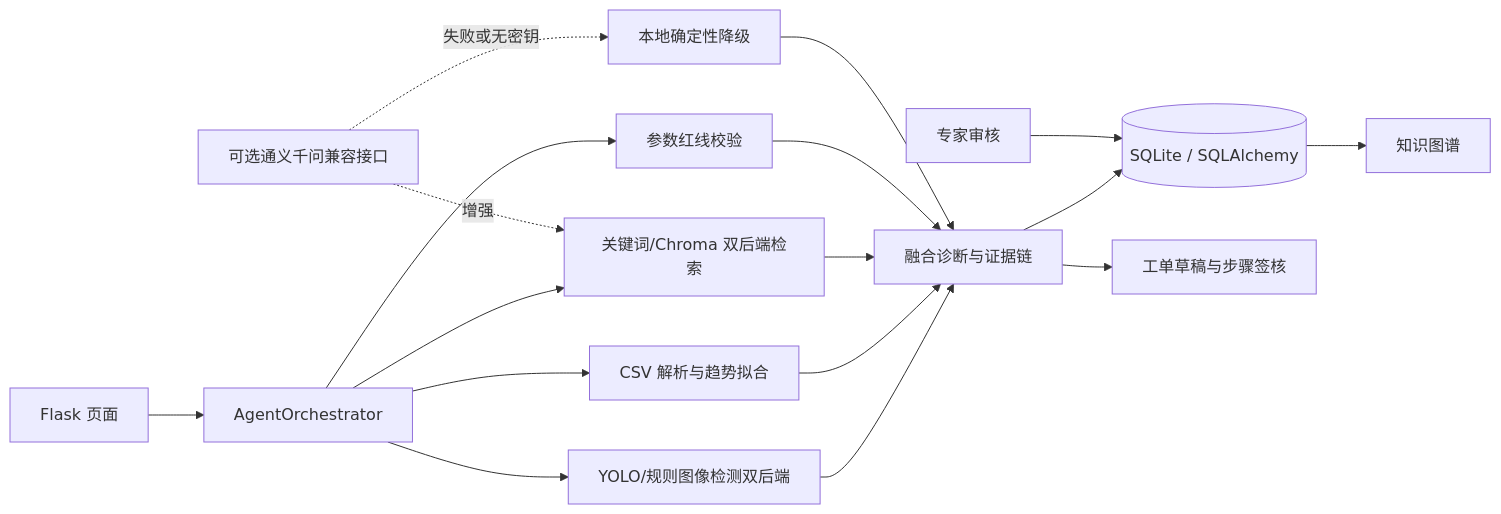
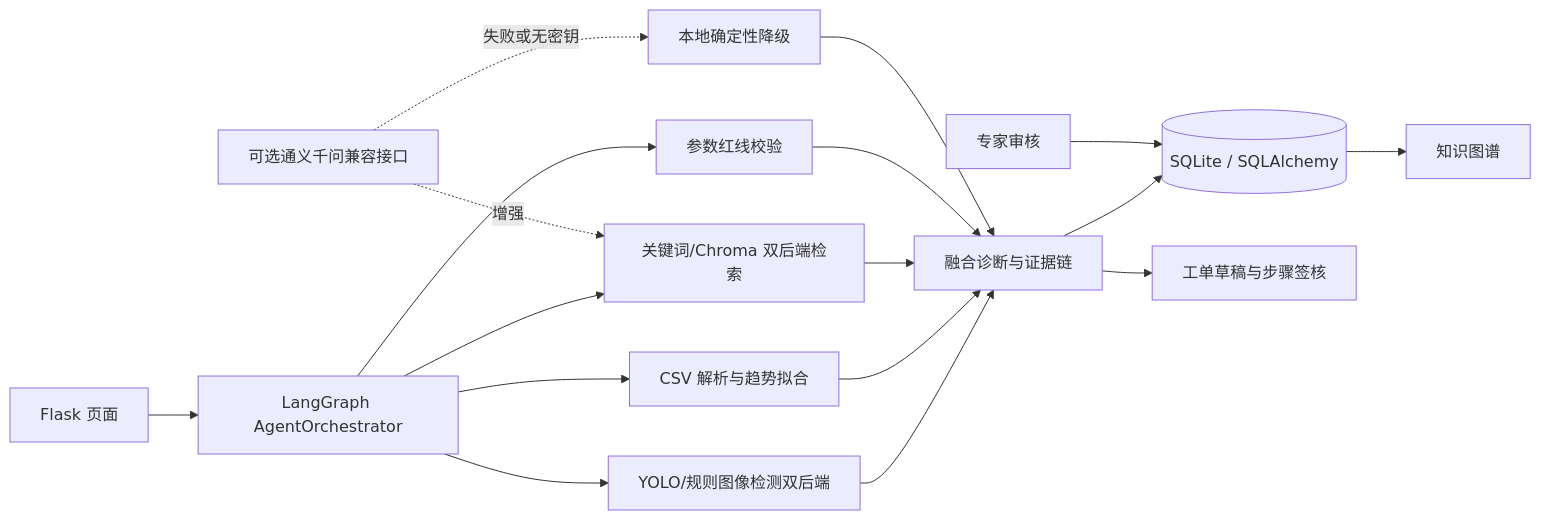
One commit to zyh-git-tech/zyh changed the diagram in docs/architecture.md. Above: the diagram before and after it, drawn with Mermaid. The commit also changed other lines of this file and 18 other files, not shown here.

````diff
--- a/docs/architecture.md
+++ b/docs/architecture.md
@@ -5,19 +5,19 @@
 ```mermaid
 flowchart LR
-    UI[Flask 页面] --> Agent[AgentOrchestrator]
+    UI[Flask 页面] --> Agent[LangGraph AgentOrchestrator]
     Agent --> Image[YOLO/规则图像检测双后端]
     Agent --> Sensor[CSV 解析与趋势拟合]
     Agent --> Retrieve[关键词/Chroma 双后端检索]
     Agent --> Rules[参数红线校验]
     Image --> Fusion[融合诊断与证据链]
     Sensor --> Fusion
     Retrieve --> Fusion
     Rules --> Fusion
     Fusion --> DB[(SQLite / SQLAlchemy)]
     Fusion --> WorkOrder[工单草稿与步骤签核]
     Audit[专家审核] --> DB
     DB --> Graph[知识图谱]
     LLM[可选通义千问兼容接口] -.增强.-> Retrieve
     LLM -.失败或无密钥.-> Offline[本地确定性降级]
     Offline --> Fusion
 ```
````
